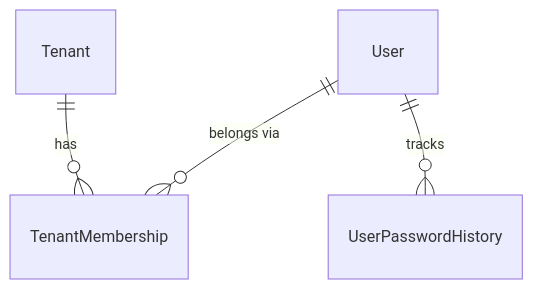
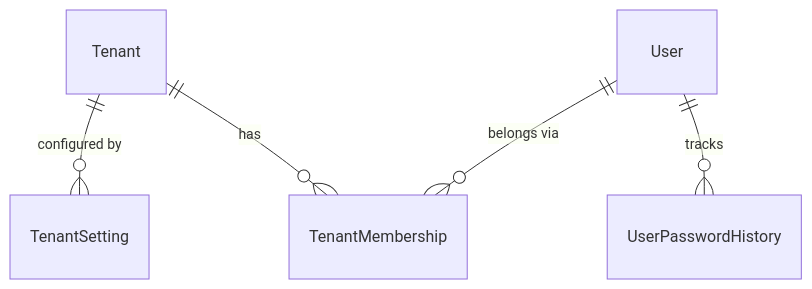
One commit to camercadop/drf-enterprise-information-platform changed the first of 4 diagrams in docs/data-model.md. Above: the diagram before and after it, drawn with Mermaid. The commit also changed other lines of this file and 11 other files, not shown here.

````diff
--- a/docs/data-model.md
+++ b/docs/data-model.md
@@ -7,6 +7,7 @@
 ```mermaid
 erDiagram
+    Tenant ||--o{ TenantSetting : "configured by"
     Tenant ||--o{ TenantMembership : "has"
     User ||--o{ TenantMembership : "belongs via"
     User ||--o{ UserPasswordHistory : "tracks"
 ```
````
